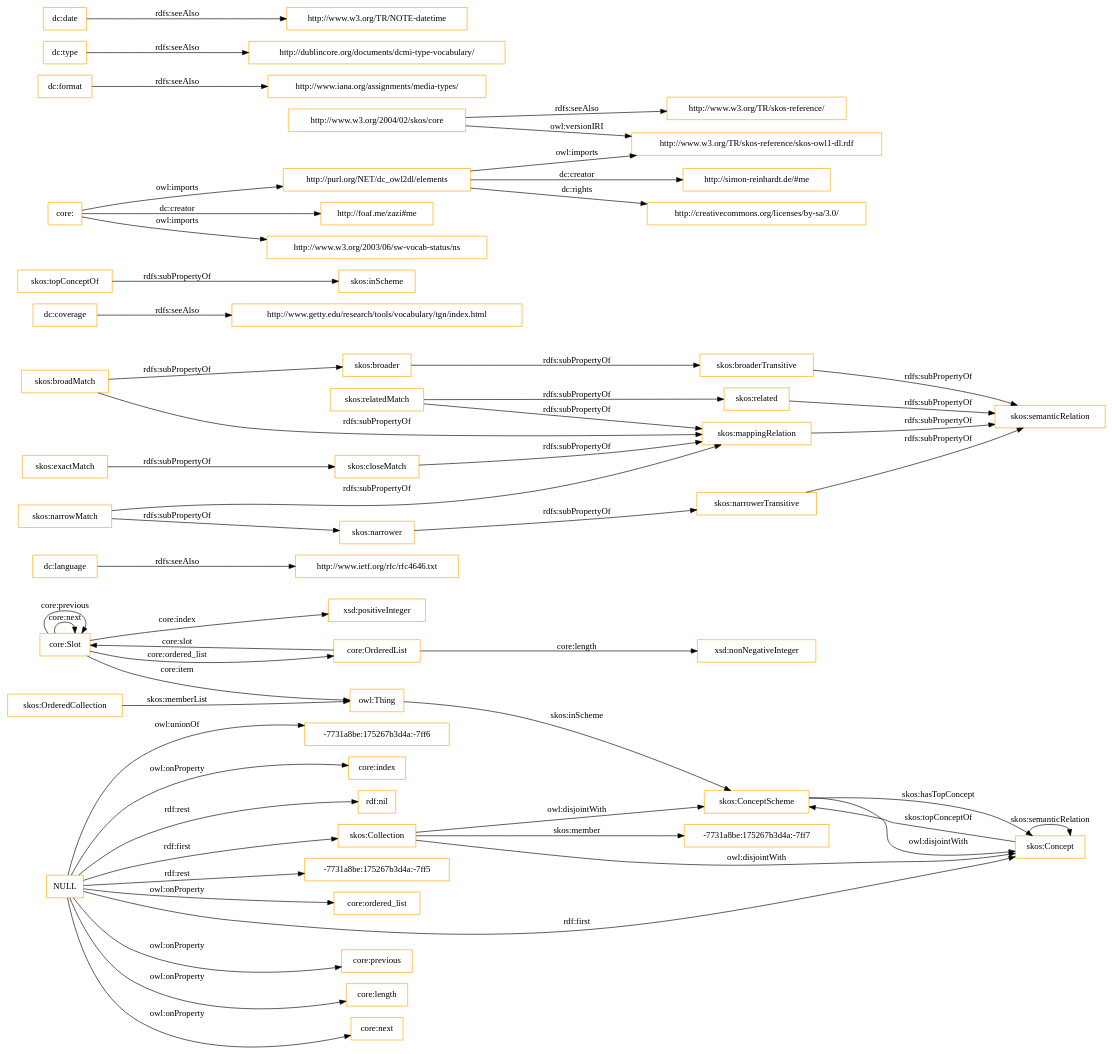
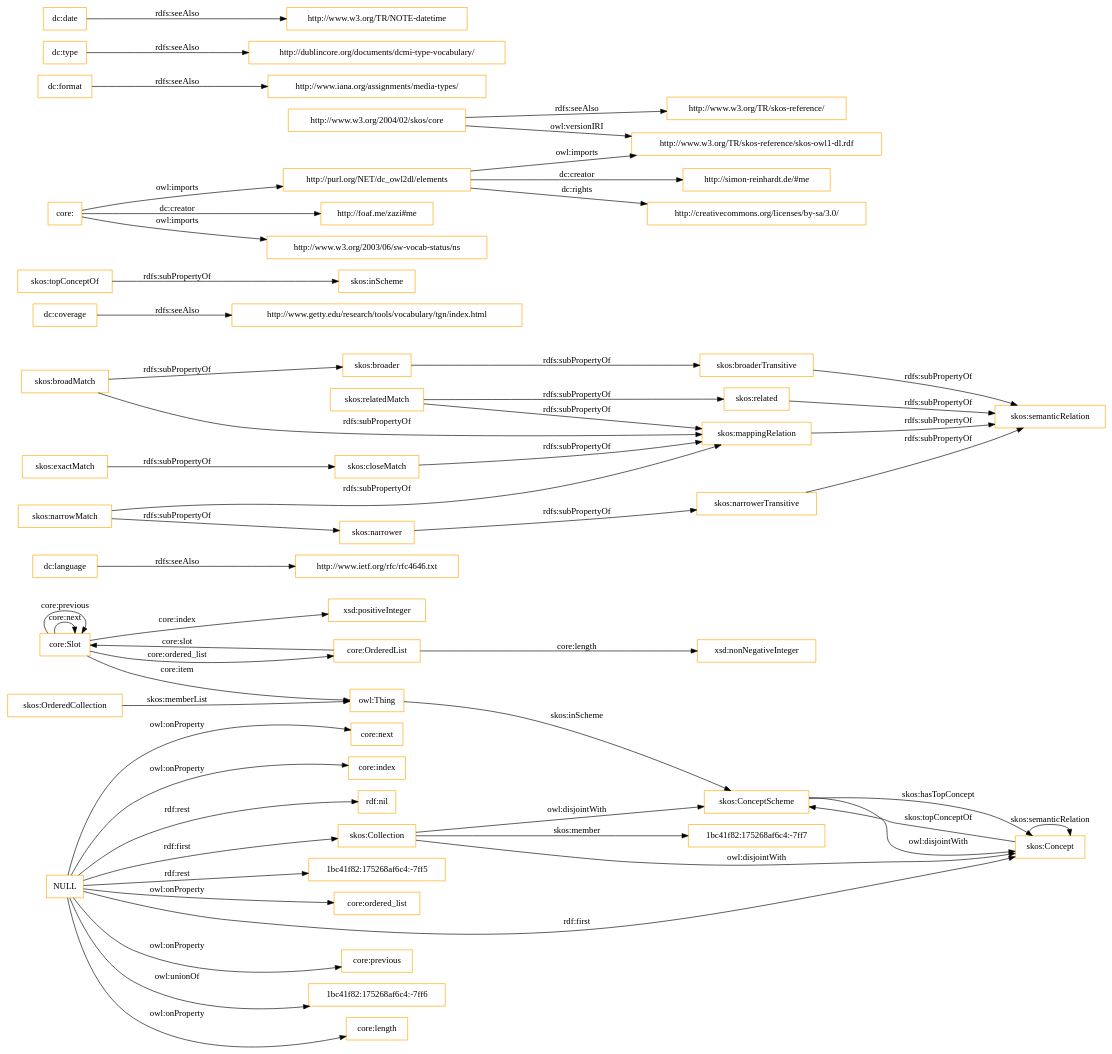
The diagram in OnToology/imports/core.owl/diagrams/ar2dtool-class/core.owl.png.dot (OnToologyUser/core-ontology-1), drawn with Graphviz before and after one commit. The commit also changed 14 other files, not shown here.

```diff
--- a/OnToology/imports/core.owl/diagrams/ar2dtool-class/core.owl.png.dot
+++ b/OnToology/imports/core.owl/diagrams/ar2dtool-class/core.owl.png.dot
@@ -1,60 +1,60 @@
 digraph ar2dtool_diagram { 
 rankdir=LR;
 size="1501"
-node [shape = rectangle, color="orange"]; "core:Slot" "core:OrderedList" "-7731a8be:175267b3d4a:-7ff7" "skos:OrderedCollection" "skos:Collection" "skos:ConceptScheme" "skos:Concept" ; /*classes style*/
+node [shape = rectangle, color="orange"]; "core:Slot" "core:OrderedList" "1bc41f82:175268af6c4:-7ff7" "skos:OrderedCollection" "skos:Collection" "skos:ConceptScheme" "skos:Concept" ; /*classes style*/
 	"dc:language" -> "http://www.ietf.org/rfc/rfc4646.txt" [ label = "rdfs:seeAlso" ];
 	"NULL" -> "core:previous" [ label = "owl:onProperty" ];
+	"NULL" -> "1bc41f82:175268af6c4:-7ff6" [ label = "owl:unionOf" ];
 	"NULL" -> "core:length" [ label = "owl:onProperty" ];
 	"NULL" -> "skos:Concept" [ label = "rdf:first" ];
 	"NULL" -> "core:next" [ label = "owl:onProperty" ];
-	"NULL" -> "-7731a8be:175267b3d4a:-7ff6" [ label = "owl:unionOf" ];
 	"NULL" -> "core:index" [ label = "owl:onProperty" ];
 	"NULL" -> "rdf:nil" [ label = "rdf:rest" ];
-	"NULL" -> "-7731a8be:175267b3d4a:-7ff5" [ label = "rdf:rest" ];
+	"NULL" -> "1bc41f82:175268af6c4:-7ff5" [ label = "rdf:rest" ];
 	"NULL" -> "core:ordered_list" [ label = "owl:onProperty" ];
 	"NULL" -> "skos:Collection" [ label = "rdf:first" ];
 	"skos:closeMatch" -> "skos:mappingRelation" [ label = "rdfs:subPropertyOf" ];
 	"dc:coverage" -> "http://www.getty.edu/research/tools/vocabulary/tgn/index.html" [ label = "rdfs:seeAlso" ];
 	"skos:relatedMatch" -> "skos:related" [ label = "rdfs:subPropertyOf" ];
 	"skos:relatedMatch" -> "skos:mappingRelation" [ label = "rdfs:subPropertyOf" ];
 	"skos:ConceptScheme" -> "skos:Concept" [ label = "owl:disjointWith" ];
 	"skos:related" -> "skos:semanticRelation" [ label = "rdfs:subPropertyOf" ];
 	"skos:topConceptOf" -> "skos:inScheme" [ label = "rdfs:subPropertyOf" ];
 	"skos:broadMatch" -> "skos:broader" [ label = "rdfs:subPropertyOf" ];
 	"skos:broadMatch" -> "skos:mappingRelation" [ label = "rdfs:subPropertyOf" ];
 	"http://purl.org/NET/dc_owl2dl/elements" -> "http://www.w3.org/TR/skos-reference/skos-owl1-dl.rdf" [ label = "owl:imports" ];
 	"http://purl.org/NET/dc_owl2dl/elements" -> "http://creativecommons.org/licenses/by-sa/3.0/" [ label = "dc:rights" ];
 	"http://purl.org/NET/dc_owl2dl/elements" -> "http://simon-reinhardt.de/#me" [ label = "dc:creator" ];
 	"skos:exactMatch" -> "skos:closeMatch" [ label = "rdfs:subPropertyOf" ];
 	"dc:format" -> "http://www.iana.org/assignments/media-types/" [ label = "rdfs:seeAlso" ];
 	"core:" -> "http://foaf.me/zazi#me" [ label = "dc:creator" ];
 	"core:" -> "http://www.w3.org/2003/06/sw-vocab-status/ns" [ label = "owl:imports" ];
 	"core:" -> "http://purl.org/NET/dc_owl2dl/elements" [ label = "owl:imports" ];
 	"skos:broaderTransitive" -> "skos:semanticRelation" [ label = "rdfs:subPropertyOf" ];
 	"skos:mappingRelation" -> "skos:semanticRelation" [ label = "rdfs:subPropertyOf" ];
 	"skos:broader" -> "skos:broaderTransitive" [ label = "rdfs:subPropertyOf" ];
 	"dc:type" -> "http://dublincore.org/documents/dcmi-type-vocabulary/" [ label = "rdfs:seeAlso" ];
 	"http://www.w3.org/2004/02/skos/core" -> "http://www.w3.org/TR/skos-reference/skos-owl1-dl.rdf" [ label = "owl:versionIRI" ];
 	"http://www.w3.org/2004/02/skos/core" -> "http://www.w3.org/TR/skos-reference/" [ label = "rdfs:seeAlso" ];
 	"skos:Collection" -> "skos:ConceptScheme" [ label = "owl:disjointWith" ];
 	"skos:Collection" -> "skos:Concept" [ label = "owl:disjointWith" ];
 	"skos:narrowMatch" -> "skos:narrower" [ label = "rdfs:subPropertyOf" ];
 	"skos:narrowMatch" -> "skos:mappingRelation" [ label = "rdfs:subPropertyOf" ];
 	"skos:narrower" -> "skos:narrowerTransitive" [ label = "rdfs:subPropertyOf" ];
 	"dc:date" -> "http://www.w3.org/TR/NOTE-datetime" [ label = "rdfs:seeAlso" ];
 	"skos:narrowerTransitive" -> "skos:semanticRelation" [ label = "rdfs:subPropertyOf" ];
 	"core:Slot" -> "xsd:positiveInteger" [ label = "core:index" ];
 	"skos:Concept" -> "skos:ConceptScheme" [ label = "skos:topConceptOf" ];
 	"core:Slot" -> "owl:Thing" [ label = "core:item" ];
 	"core:OrderedList" -> "xsd:nonNegativeInteger" [ label = "core:length" ];
 	"core:OrderedList" -> "core:Slot" [ label = "core:slot" ];
-	"skos:Collection" -> "-7731a8be:175267b3d4a:-7ff7" [ label = "skos:member" ];
+	"skos:Collection" -> "1bc41f82:175268af6c4:-7ff7" [ label = "skos:member" ];
 	"core:Slot" -> "core:Slot" [ label = "core:next" ];
 	"skos:ConceptScheme" -> "skos:Concept" [ label = "skos:hasTopConcept" ];
 	"owl:Thing" -> "skos:ConceptScheme" [ label = "skos:inScheme" ];
 	"core:Slot" -> "core:Slot" [ label = "core:previous" ];
 	"skos:OrderedCollection" -> "owl:Thing" [ label = "skos:memberList" ];
 	"skos:Concept" -> "skos:Concept" [ label = "skos:semanticRelation" ];
 	"core:Slot" -> "core:OrderedList" [ label = "core:ordered_list" ];
 
 }
```
